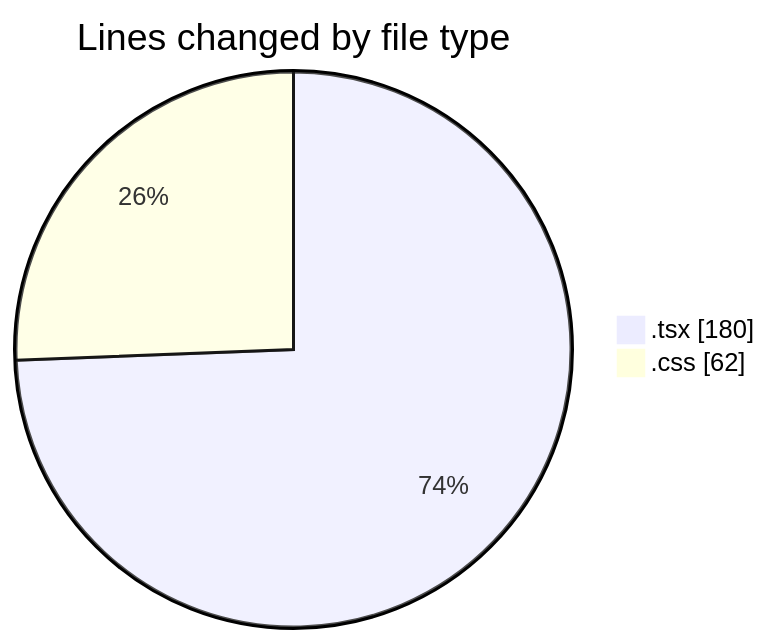
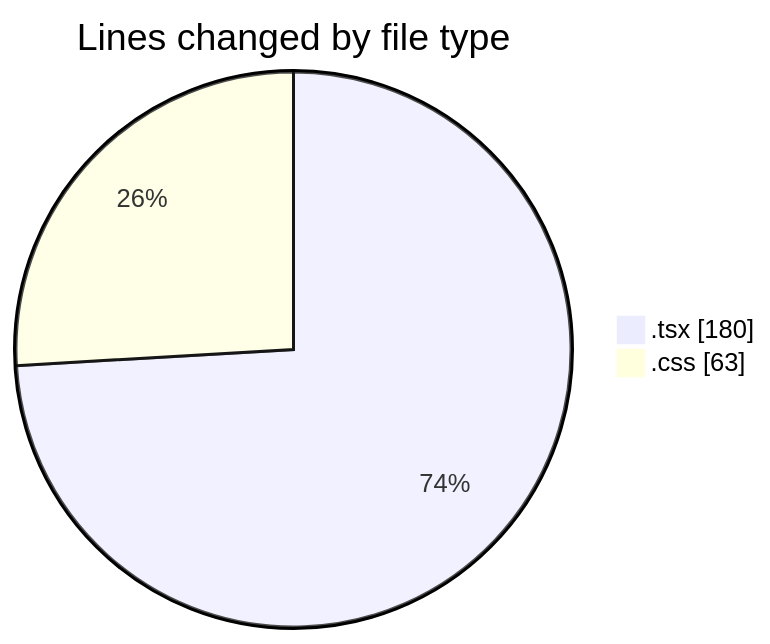
The first of 2 diagrams in 2025-08-04/tw-server/README.md (EIIisD/code-tracking), drawn with Mermaid before and after one commit. The commit also changed other lines of this file and 1 other file, not shown here.

````diff
--- a/2025-08-04/tw-server/README.md
+++ b/2025-08-04/tw-server/README.md
@@ -22,6 +22,6 @@
 ```mermaid
 pie showData
 title Lines changed by file type
 ".tsx" : 180
-".css" : 62
+".css" : 63
 ```
````
